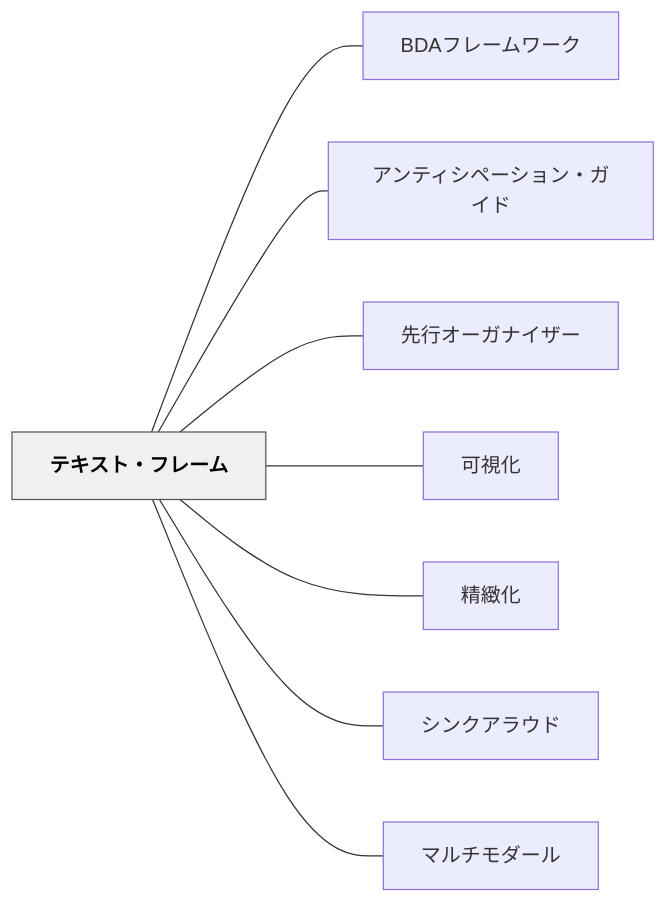
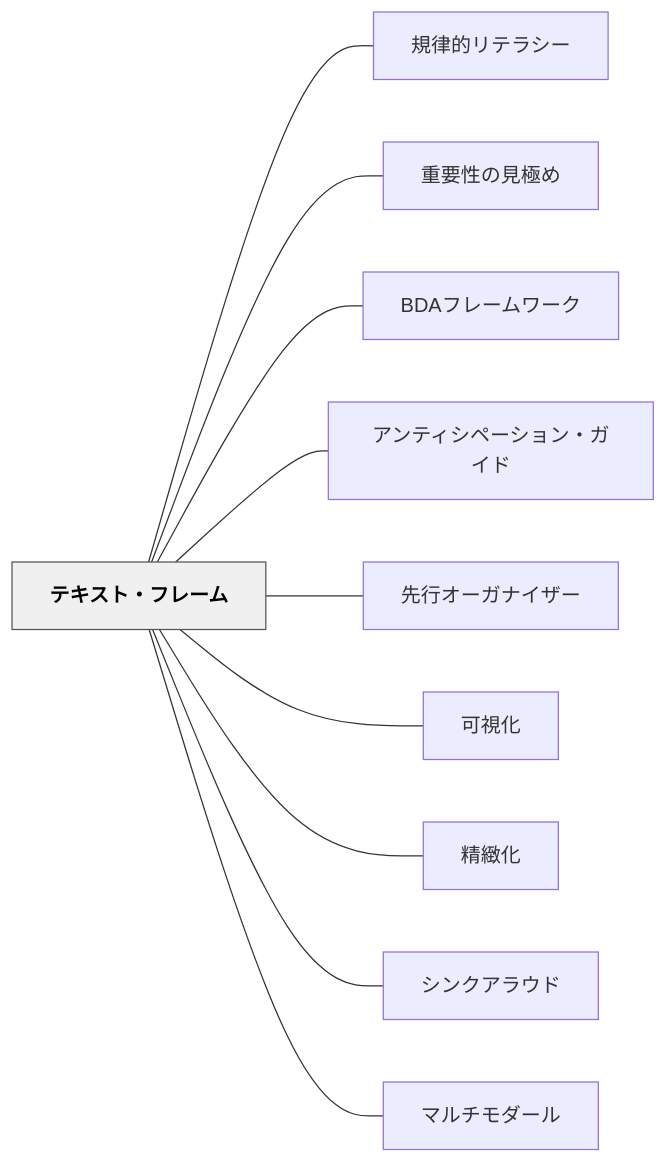
The diagram in content/パタン/テキスト・フレーム.md (unknownthings-ed-patterns/unknownthings-ed-patterns), drawn with Mermaid before and after one commit. The commit also changed other lines of this file and 473 other files, not shown here.

````diff
--- a/content/パタン/テキスト・フレーム.md
+++ b/content/パタン/テキスト・フレーム.md
@@ -162,22 +164,26 @@
 ```mermaid
 flowchart LR
     ne38386e382ad["テキスト・フレーム"]
+    ne8a68fe5be8b["規律的リテラシー"]
+    ne9878de8a681["重要性の見極め"]
     n424441e38395["BDAフレームワーク"]
     ne382a2e383b3["アンティシペーション・ガイド"]
     ne58588e8a18c["先行オーガナイザー"]
     ne58fafe8a696["可視化"]
     ne7b2bee7b7bb["精緻化"]
     ne382b7e383b3["シンクアラウド"]
     ne3839ee383ab["マルチモダール"]
 
+    ne38386e382ad --- ne8a68fe5be8b
+    ne38386e382ad --- ne9878de8a681
     ne38386e382ad --- n424441e38395
     ne38386e382ad --- ne382a2e383b3
     ne38386e382ad --- ne58588e8a18c
     ne38386e382ad --- ne58fafe8a696
     ne38386e382ad --- ne7b2bee7b7bb
     ne38386e382ad --- ne382b7e383b3
     ne38386e382ad --- ne3839ee383ab
 
     classDef hub fill:#f0f0f0,stroke:#555,color:#000,font-weight:bold
     class ne38386e382ad hub
 ```
````
